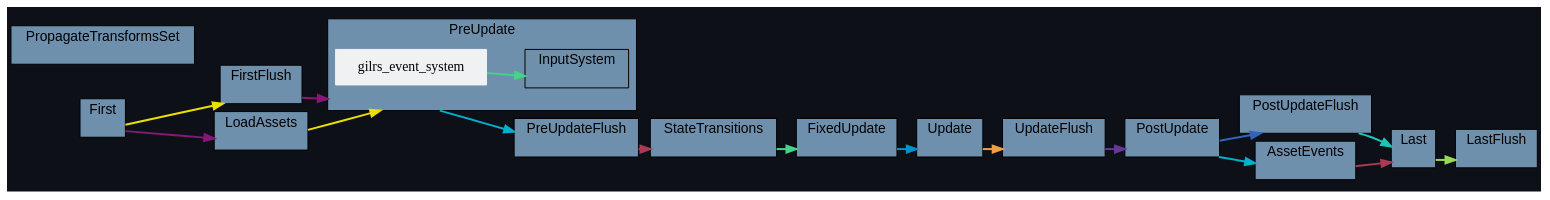
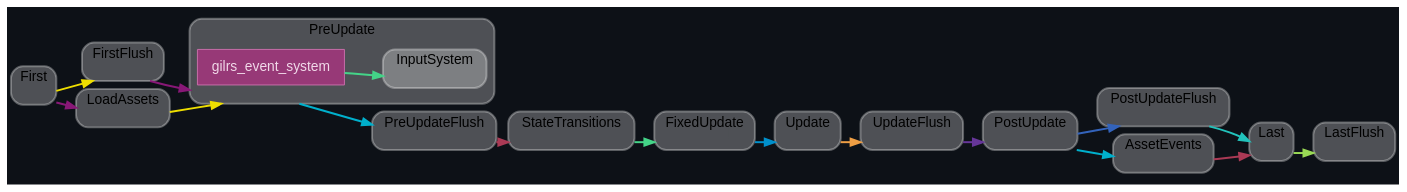
Before and after one commit to jakobhellermann/bevy_mod_debugdump: the diagram in docs/schedule/by-crate/dark/schedule_Main_bevy_gilrs.dot, drawn with Graphviz. The commit also changed 97 other files, not shown here.

```diff
--- a/docs/schedule/by-crate/dark/schedule_Main_bevy_gilrs.dot
+++ b/docs/schedule/by-crate/dark/schedule_Main_bevy_gilrs.dot
@@ -1,154 +1,177 @@
 digraph "" {
 	"compound"="true";
 	"splines"="spline";
 	"rankdir"="LR";
 	"bgcolor"="#0d1117";
 	"fontname"="Helvetica";
+	"nodesep"="0.15";
 	edge ["penwidth"="2"];
-	node ["shape"="box", "style"="filled", "fillcolor"="#eff1f3", "color"="#eff1f3"];
+	node ["shape"="box", "style"="filled"];
 	subgraph "clusternode_Set(0)" {
+		"style"="rounded,filled";
 		"label"="Update";
 		"tooltip"="Update";
-		"bgcolor"="#6f90ad";
-		"color"="black";
+		"fillcolor"="#ffffff44";
+		"color"="#ffffff50";
+		"penwidth"="2";
 		"set_marker_node_Set(0)" ["style"="invis", "label"="", "height"="0", "shape"="point"]
 	}
 	
 	subgraph "clusternode_Set(2)" {
+		"style"="rounded,filled";
 		"label"="FirstFlush";
 		"tooltip"="FirstFlush";
-		"bgcolor"="#6f90ad";
-		"color"="black";
+		"fillcolor"="#ffffff44";
+		"color"="#ffffff50";
+		"penwidth"="2";
 		"set_marker_node_Set(2)" ["style"="invis", "label"="", "height"="0", "shape"="point"]
 	}
 	
 	subgraph "clusternode_Set(3)" {
+		"style"="rounded,filled";
 		"label"="PreUpdateFlush";
 		"tooltip"="PreUpdateFlush";
-		"bgcolor"="#6f90ad";
-		"color"="black";
+		"fillcolor"="#ffffff44";
+		"color"="#ffffff50";
+		"penwidth"="2";
 		"set_marker_node_Set(3)" ["style"="invis", "label"="", "height"="0", "shape"="point"]
 	}
 	
 	subgraph "clusternode_Set(4)" {
+		"style"="rounded,filled";
 		"label"="UpdateFlush";
 		"tooltip"="UpdateFlush";
-		"bgcolor"="#6f90ad";
-		"color"="black";
+		"fillcolor"="#ffffff44";
+		"color"="#ffffff50";
+		"penwidth"="2";
 		"set_marker_node_Set(4)" ["style"="invis", "label"="", "height"="0", "shape"="point"]
 	}
 	
 	subgraph "clusternode_Set(5)" {
+		"style"="rounded,filled";
 		"label"="PostUpdateFlush";
 		"tooltip"="PostUpdateFlush";
-		"bgcolor"="#6f90ad";
-		"color"="black";
+		"fillcolor"="#ffffff44";
+		"color"="#ffffff50";
+		"penwidth"="2";
 		"set_marker_node_Set(5)" ["style"="invis", "label"="", "height"="0", "shape"="point"]
 	}
 	
 	subgraph "clusternode_Set(6)" {
+		"style"="rounded,filled";
 		"label"="LastFlush";
 		"tooltip"="LastFlush";
-		"bgcolor"="#6f90ad";
-		"color"="black";
+		"fillcolor"="#ffffff44";
+		"color"="#ffffff50";
+		"penwidth"="2";
 		"set_marker_node_Set(6)" ["style"="invis", "label"="", "height"="0", "shape"="point"]
 	}
 	
 	subgraph "clusternode_Set(7)" {
+		"style"="rounded,filled";
 		"label"="First";
 		"tooltip"="First";
-		"bgcolor"="#6f90ad";
-		"color"="black";
+		"fillcolor"="#ffffff44";
+		"color"="#ffffff50";
+		"penwidth"="2";
 		"set_marker_node_Set(7)" ["style"="invis", "label"="", "height"="0", "shape"="point"]
 	}
 	
 	subgraph "clusternode_Set(8)" {
+		"style"="rounded,filled";
 		"label"="PreUpdate";
 		"tooltip"="PreUpdate";
-		"bgcolor"="#6f90ad";
-		"color"="black";
+		"fillcolor"="#ffffff44";
+		"color"="#ffffff50";
+		"penwidth"="2";
 		"set_marker_node_Set(8)" ["style"="invis", "label"="", "height"="0", "shape"="point"]
 		subgraph "clusternode_Set(25)" {
+			"style"="rounded,filled";
 			"label"="InputSystem";
 			"tooltip"="InputSystem";
-			"bgcolor"="#6f90ad";
-			"color"="black";
+			"fillcolor"="#ffffff44";
+			"color"="#ffffff50";
+			"penwidth"="2";
 			"set_marker_node_Set(25)" ["style"="invis", "label"="", "height"="0", "shape"="point"]
 		}
 		
-		"node_System(143)" ["label"="gilrs_event_system", "tooltip"="bevy_gilrs::gilrs_system::gilrs_event_system"]
+		"node_System(143)" ["label"="gilrs_event_system", "tooltip"="bevy_gilrs::gilrs_system::gilrs_event_system", "fillcolor"="#973977", "fontname"="Helvetica", "fontcolor"="#f1d9e9", "color"="#c86da9", "penwidth"="1"]
 	}
 	
 	subgraph "clusternode_Set(9)" {
+		"style"="rounded,filled";
 		"label"="StateTransitions";
 		"tooltip"="StateTransitions";
-		"bgcolor"="#6f90ad";
-		"color"="black";
+		"fillcolor"="#ffffff44";
+		"color"="#ffffff50";
+		"penwidth"="2";
 		"set_marker_node_Set(9)" ["style"="invis", "label"="", "height"="0", "shape"="point"]
 	}
 	
 	subgraph "clusternode_Set(10)" {
+		"style"="rounded,filled";
 		"label"="FixedUpdate";
 		"tooltip"="FixedUpdate";
-		"bgcolor"="#6f90ad";
-		"color"="black";
+		"fillcolor"="#ffffff44";
+		"color"="#ffffff50";
+		"penwidth"="2";
 		"set_marker_node_Set(10)" ["style"="invis", "label"="", "height"="0", "shape"="point"]
 	}
 	
 	subgraph "clusternode_Set(11)" {
+		"style"="rounded,filled";
 		"label"="PostUpdate";
 		"tooltip"="PostUpdate";
-		"bgcolor"="#6f90ad";
-		"color"="black";
+		"fillcolor"="#ffffff44";
+		"color"="#ffffff50";
+		"penwidth"="2";
 		"set_marker_node_Set(11)" ["style"="invis", "label"="", "height"="0", "shape"="point"]
 	}
 	
 	subgraph "clusternode_Set(12)" {
+		"style"="rounded,filled";
 		"label"="Last";
 		"tooltip"="Last";
-		"bgcolor"="#6f90ad";
-		"color"="black";
+		"fillcolor"="#ffffff44";
+		"color"="#ffffff50";
+		"penwidth"="2";
 		"set_marker_node_Set(12)" ["style"="invis", "label"="", "height"="0", "shape"="point"]
 	}
 	
-	subgraph "clusternode_Set(22)" {
-		"label"="PropagateTransformsSet";
-		"tooltip"="PropagateTransformsSet";
-		"bgcolor"="#6f90ad";
-		"color"="black";
-		"set_marker_node_Set(22)" ["style"="invis", "label"="", "height"="0", "shape"="point"]
-	}
-	
 	subgraph "clusternode_Set(59)" {
+		"style"="rounded,filled";
 		"label"="LoadAssets";
 		"tooltip"="LoadAssets";
-		"bgcolor"="#6f90ad";
-		"color"="black";
+		"fillcolor"="#ffffff44";
+		"color"="#ffffff50";
+		"penwidth"="2";
 		"set_marker_node_Set(59)" ["style"="invis", "label"="", "height"="0", "shape"="point"]
 	}
 	
 	subgraph "clusternode_Set(60)" {
+		"style"="rounded,filled";
 		"label"="AssetEvents";
 		"tooltip"="AssetEvents";
-		"bgcolor"="#6f90ad";
-		"color"="black";
+		"fillcolor"="#ffffff44";
+		"color"="#ffffff50";
+		"penwidth"="2";
 		"set_marker_node_Set(60)" ["style"="invis", "label"="", "height"="0", "shape"="point"]
 	}
 	
 	"set_marker_node_Set(7)" -> "set_marker_node_Set(2)" ["lhead"="clusternode_Set(2)", "ltail"="clusternode_Set(7)", "tooltip"="First → FirstFlush", "color"="#eede00"]
 	"set_marker_node_Set(2)" -> "set_marker_node_Set(8)" ["lhead"="clusternode_Set(8)", "ltail"="clusternode_Set(2)", "tooltip"="FirstFlush → PreUpdate", "color"="#881877"]
 	"set_marker_node_Set(8)" -> "set_marker_node_Set(3)" ["lhead"="clusternode_Set(3)", "ltail"="clusternode_Set(8)", "tooltip"="PreUpdate → PreUpdateFlush", "color"="#00b0cc"]
 	"set_marker_node_Set(3)" -> "set_marker_node_Set(9)" ["lhead"="clusternode_Set(9)", "ltail"="clusternode_Set(3)", "tooltip"="PreUpdateFlush → StateTransitions", "color"="#aa3a55"]
 	"set_marker_node_Set(9)" -> "set_marker_node_Set(10)" ["lhead"="clusternode_Set(10)", "ltail"="clusternode_Set(9)", "tooltip"="StateTransitions → FixedUpdate", "color"="#44d488"]
 	"set_marker_node_Set(10)" -> "set_marker_node_Set(0)" ["lhead"="clusternode_Set(0)", "ltail"="clusternode_Set(10)", "tooltip"="FixedUpdate → Update", "color"="#0090cc"]
 	"set_marker_node_Set(0)" -> "set_marker_node_Set(4)" ["lhead"="clusternode_Set(4)", "ltail"="clusternode_Set(0)", "tooltip"="Update → UpdateFlush", "color"="#ee9e44"]
 	"set_marker_node_Set(4)" -> "set_marker_node_Set(11)" ["lhead"="clusternode_Set(11)", "ltail"="clusternode_Set(4)", "tooltip"="UpdateFlush → PostUpdate", "color"="#663699"]
 	"set_marker_node_Set(11)" -> "set_marker_node_Set(5)" ["lhead"="clusternode_Set(5)", "ltail"="clusternode_Set(11)", "tooltip"="PostUpdate → PostUpdateFlush", "color"="#3363bb"]
 	"set_marker_node_Set(5)" -> "set_marker_node_Set(12)" ["lhead"="clusternode_Set(12)", "ltail"="clusternode_Set(5)", "tooltip"="PostUpdateFlush → Last", "color"="#22c2bb"]
 	"set_marker_node_Set(12)" -> "set_marker_node_Set(6)" ["lhead"="clusternode_Set(6)", "ltail"="clusternode_Set(12)", "tooltip"="Last → LastFlush", "color"="#99d955"]
 	"set_marker_node_Set(59)" -> "set_marker_node_Set(8)" ["lhead"="clusternode_Set(8)", "ltail"="clusternode_Set(59)", "tooltip"="LoadAssets → PreUpdate", "color"="#eede00"]
 	"set_marker_node_Set(7)" -> "set_marker_node_Set(59)" ["lhead"="clusternode_Set(59)", "ltail"="clusternode_Set(7)", "tooltip"="First → LoadAssets", "color"="#881877"]
 	"set_marker_node_Set(11)" -> "set_marker_node_Set(60)" ["lhead"="clusternode_Set(60)", "ltail"="clusternode_Set(11)", "tooltip"="PostUpdate → AssetEvents", "color"="#00b0cc"]
 	"set_marker_node_Set(60)" -> "set_marker_node_Set(12)" ["lhead"="clusternode_Set(12)", "ltail"="clusternode_Set(60)", "tooltip"="AssetEvents → Last", "color"="#aa3a55"]
 	"node_System(143)" -> "set_marker_node_Set(25)" ["lhead"="clusternode_Set(25)", "ltail"="", "tooltip"="gilrs_event_system → InputSystem", "color"="#44d488"]
 }
```
